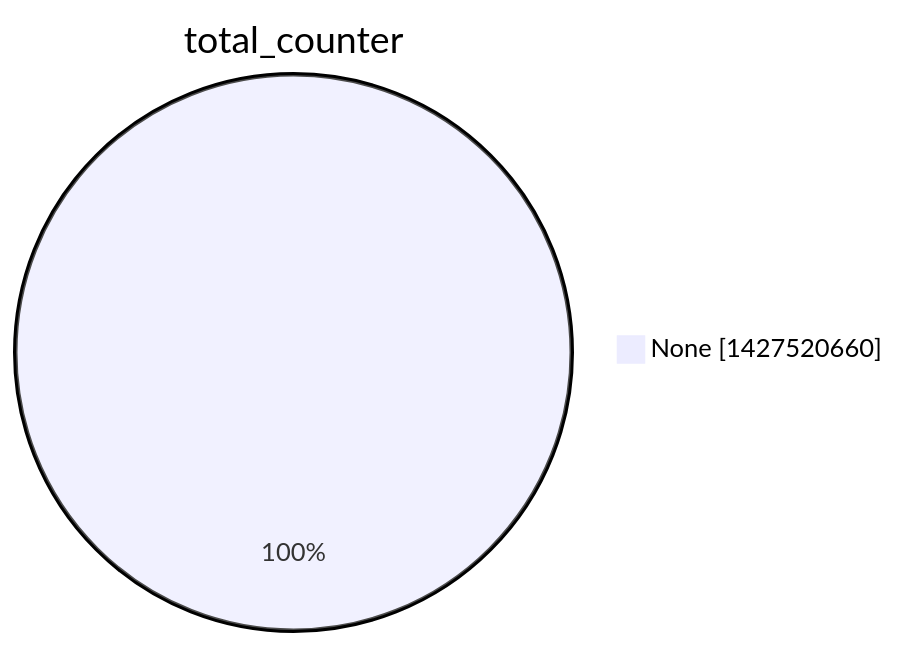
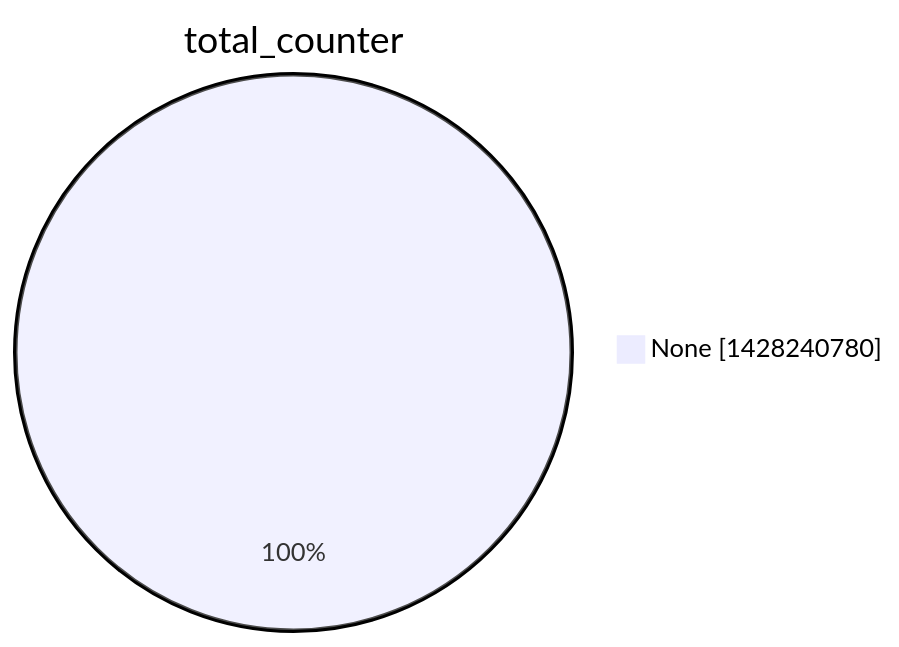
One commit to christiankrug/ctmonitor_visualization changed the second of 15 diagrams in argon2022/README.md. Above: the diagram before and after it, drawn with Mermaid. The commit also changed other lines of this file, not shown here.

````diff
--- a/argon2022/README.md
+++ b/argon2022/README.md
@@ -9,5 +9,5 @@
 ```mermaid
 pie showData
 title total_counter
-"None" :1427520660
+"None" :1428240780
 ```
````
